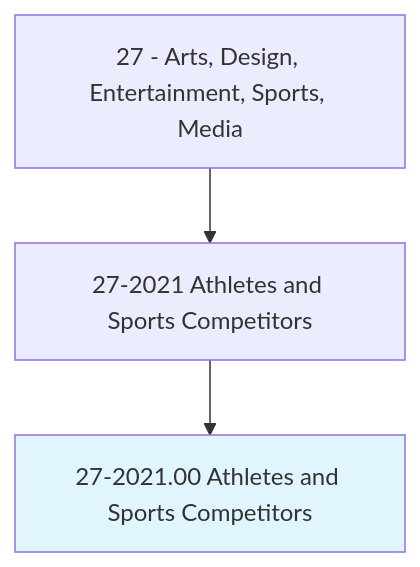
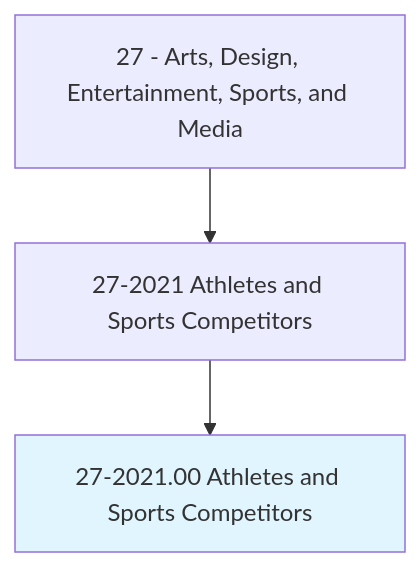
Before and after one commit to kziemski/business.org.ai: the first of 4 diagrams in occupations/ArtsMedia/AthletesAndSportsCompetitors.mdx, drawn with Mermaid. The commit also changed other lines of this file and 938 other files, not shown here.

````diff
--- a/occupations/ArtsMedia/AthletesAndSportsCompetitors.mdx
+++ b/occupations/ArtsMedia/AthletesAndSportsCompetitors.mdx
@@ -19,6 +23,6 @@
 ```mermaid
 graph TD
-    Cat27["27 - Arts, Design, Entertainment, Sports, Media"] --> Group272021["27-2021 Athletes and Sports Competitors"]
+    Cat27["27 - Arts, Design, Entertainment, Sports, and Media"] --> Group272021["27-2021 Athletes and Sports Competitors"]
     Group272021 --> Current["27-2021.00 Athletes and Sports Competitors"]
     style Current fill:#e1f5fe
 ```
````
